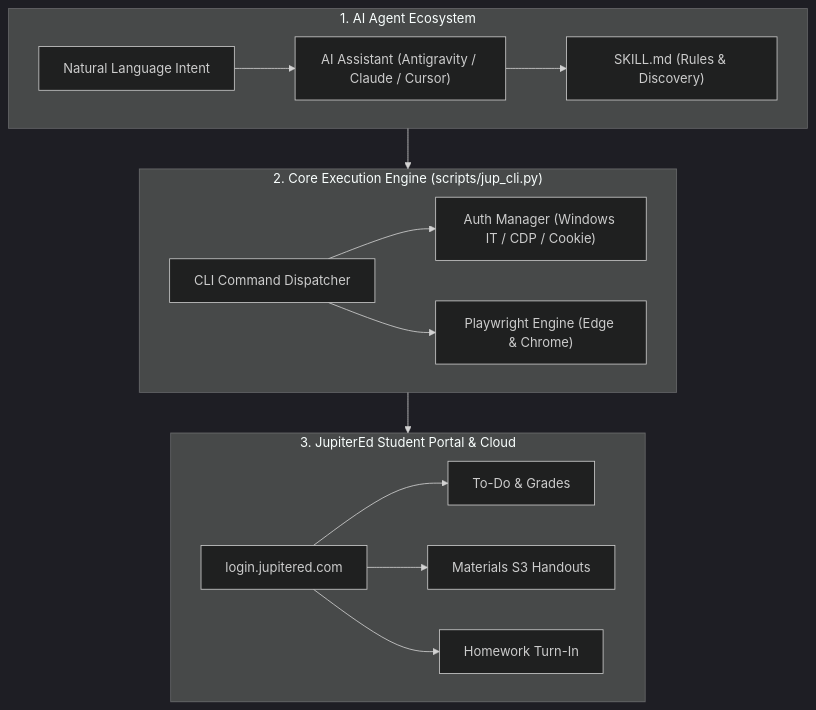
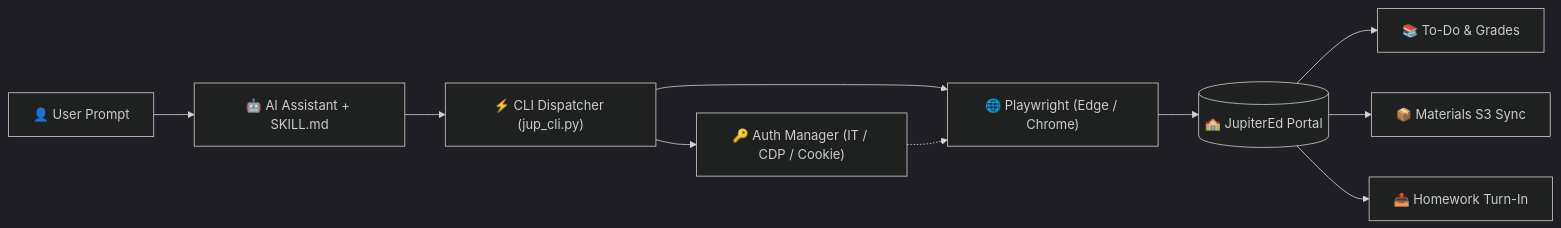
The diagram in README.md (NMDX0721/jupitered-skills), drawn with Mermaid (dark theme) before and after one commit. The commit also changed 1 other file, not shown here.

Commit message:
docs: use ultra-compact flat flowchart LR to eliminate giant boxes

````diff
--- a/README.md
+++ b/README.md
@@ -58,31 +58,12 @@
 ```mermaid
-flowchart TD
-    subgraph S1 ["1. AI Agent Ecosystem"]
-        direction LR
-        Prompt["Natural Language Intent"] --> Agent["AI Assistant (Antigravity / Claude / Cursor)"]
-        Agent --> Skill["SKILL.md (Rules & Discovery)"]
-    end
-
-    subgraph S2 ["2. Core Execution Engine (scripts/jup_cli.py)"]
-        direction LR
-        CLI["CLI Command Dispatcher"]
-        Auth["Auth Manager (Windows IT / CDP / Cookie)"]
-        Browser["Playwright Engine (Edge & Chrome)"]
-        CLI --> Auth
-        CLI --> Browser
-    end
-
-    subgraph S3 ["3. JupiterEd Student Portal & Cloud"]
-        direction LR
-        Portal["login.jupitered.com"]
-        ToDo["To-Do & Grades"]
-        Mat["Materials S3 Handouts"]
-        TurnIn["Homework Turn-In"]
-        Portal --> ToDo
-        Portal --> Mat
-        Portal --> TurnIn
-    end
-
-    Skill --> CLI
-    Browser --> Portal
+flowchart LR
+    User["👤 User Prompt"] --> Agent["🤖 AI Assistant + SKILL.md"]
+    Agent --> CLI["⚡ CLI Dispatcher (jup_cli.py)"]
+    CLI --> Auth["🔑 Auth Manager (IT / CDP / Cookie)"]
+    CLI --> Browser["🌐 Playwright (Edge / Chrome)"]
+    Auth -.-> Browser
+    Browser --> Portal[("🏫 JupiterEd Portal")]
+    Portal --> ToDo["📚 To-Do & Grades"]
+    Portal --> Mat["📦 Materials S3 Sync"]
+    Portal --> TurnIn["📤 Homework Turn-In"]
 ```
````
